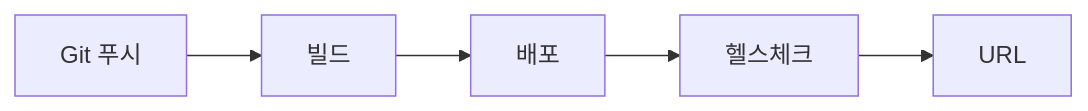
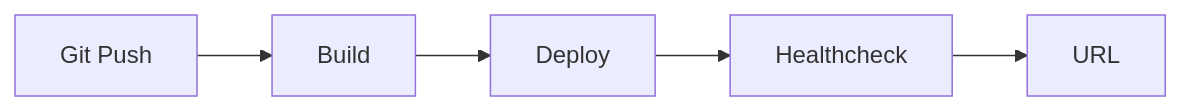
Before and after one commit to yeongseon-books/book-content: the diagram in content/portfolio-project-101/ko/05-deploying-the-project.md, drawn with Mermaid. The commit also changed other lines of this file and 9 other files, not shown here.

````diff
--- a/content/portfolio-project-101/ko/05-deploying-the-project.md
+++ b/content/portfolio-project-101/ko/05-deploying-the-project.md
@@ -48,7 +48,7 @@
 ```mermaid
 flowchart LR
-    G[Git 푸시] --> B[빌드]
-    B --> D[배포]
-    D --> H[헬스체크]
+    G[Git Push] --> B[Build]
+    B --> D[Deploy]
+    D --> H[Healthcheck]
     H --> U[URL]
 ```
````
